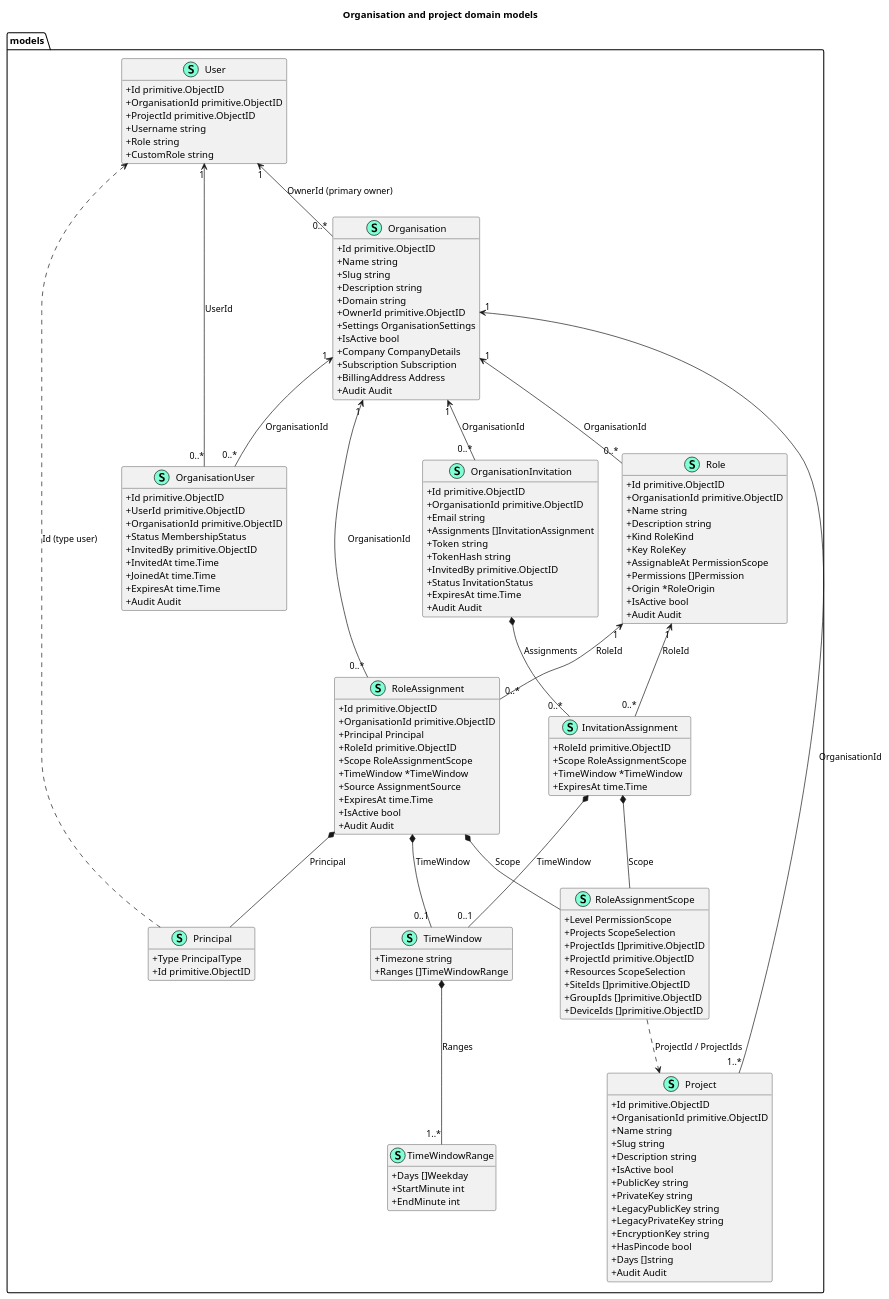
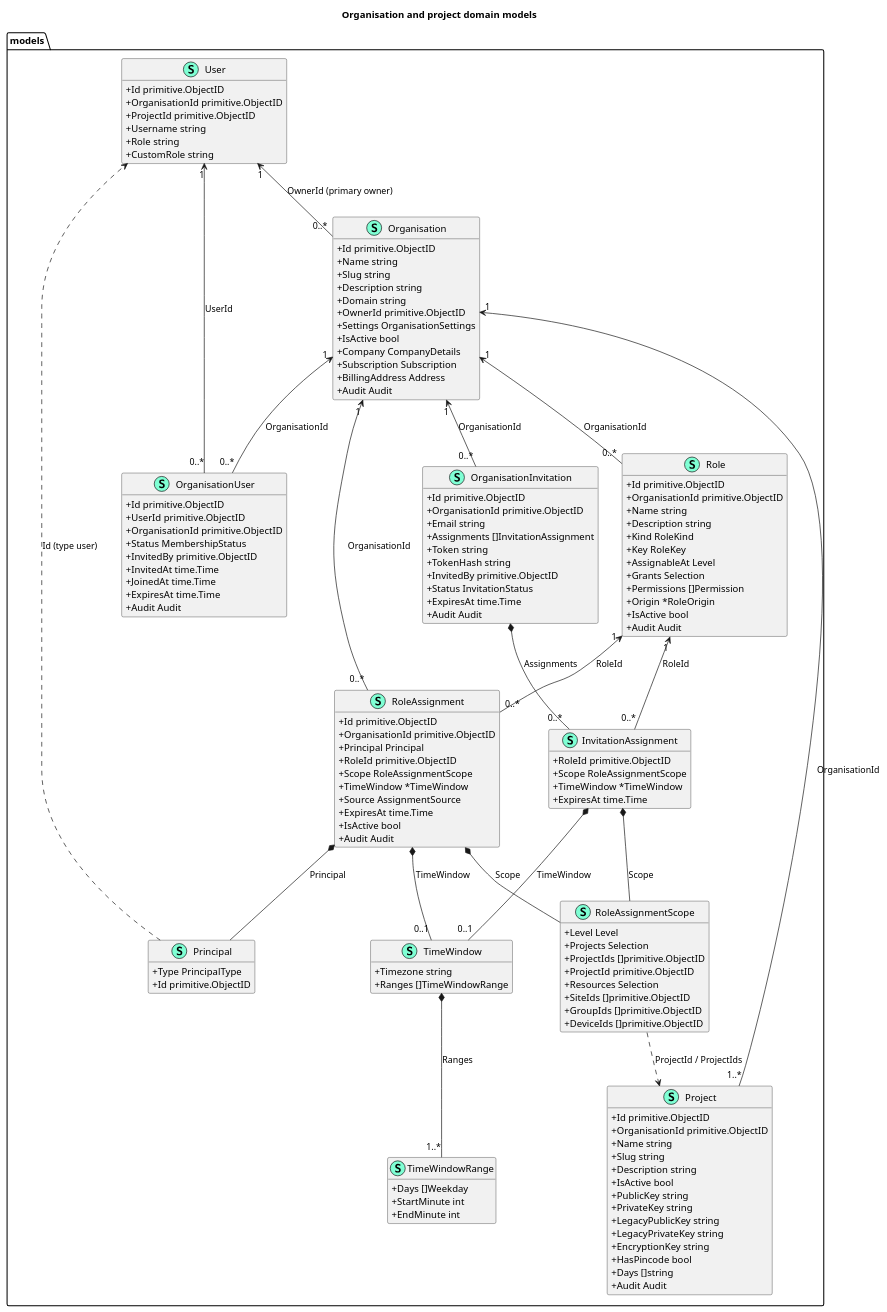
One commit to uug-ai/learn changed the diagram in app/content/docs/hub/organisations/organisation-project.puml. Above: the diagram before and after it, drawn with PlantUML. The commit also changed 2 other files, not shown here.

Commit message:
Document a role's explicit grants (all or selected) (#114)
* docs: document a role's explicit grants (all or selected)

* docs: rename ScopeSelection to Selection in the model diagram

* docs: rename PermissionScope to Level in the model diagram

---------

```diff
--- a/app/content/docs/hub/organisations/organisation-project.puml
+++ b/app/content/docs/hub/organisations/organisation-project.puml
@@ -1,176 +1,177 @@
 @startuml
 title Organisation and project domain models
 top to bottom direction
 skinparam classAttributeIconSize 0
 skinparam shadowing false
 hide methods
 namespace models {
     class "User" << (S,Aquamarine) >> {
         + Id primitive.ObjectID
         + OrganisationId primitive.ObjectID
         + ProjectId primitive.ObjectID
         + Username string
         + Role string
         + CustomRole string
 
         + WithTimezone()
 
     }
     class "Organisation" << (S,Aquamarine) >> {
         + Id primitive.ObjectID
         + Name string
         + Slug string
         + Description string
         + Domain string
         + OwnerId primitive.ObjectID
         + Settings OrganisationSettings
         + IsActive bool
         + Company CompanyDetails
         + Subscription Subscription
         + BillingAddress Address
         + Audit Audit
 
         + IsPrimaryOwner(userId primitive.ObjectID) bool
 
     }
     class "Project" << (S,Aquamarine) >> {
         + Id primitive.ObjectID
         + OrganisationId primitive.ObjectID
         + Name string
         + Slug string
         + Description string
         + IsActive bool
         + PublicKey string
         + PrivateKey string
         + LegacyPublicKey string
         + LegacyPrivateKey string
         + EncryptionKey string
         + HasPincode bool
         + Days []string
         + Audit Audit
 
     }
     class "OrganisationUser" << (S,Aquamarine) >> {
         + Id primitive.ObjectID
         + UserId primitive.ObjectID
         + OrganisationId primitive.ObjectID
         + Status MembershipStatus
         + InvitedBy primitive.ObjectID
         + InvitedAt time.Time
         + JoinedAt time.Time
         + ExpiresAt time.Time
         + Audit Audit
 
         + IsExpired() bool
         + IsEffectivelyActive() bool
 
     }
     class "Role" << (S,Aquamarine) >> {
         + Id primitive.ObjectID
         + OrganisationId primitive.ObjectID
         + Name string
         + Description string
         + Kind RoleKind
         + Key RoleKey
-        + AssignableAt PermissionScope
+        + AssignableAt Level
+        + Grants Selection
         + Permissions []Permission
         + Origin *RoleOrigin
         + IsActive bool
         + Audit Audit
 
         + ValidatePermissions() error
         + Validate() error
         + RequiresAllProjects() bool
 
     }
     class "RoleAssignment" << (S,Aquamarine) >> {
         + Id primitive.ObjectID
         + OrganisationId primitive.ObjectID
         + Principal Principal
         + RoleId primitive.ObjectID
         + Scope RoleAssignmentScope
         + TimeWindow *TimeWindow
         + Source AssignmentSource
         + ExpiresAt time.Time
         + IsActive bool
         + Audit Audit
 
         + IsExpired() bool
         + IsEffectivelyActive() bool
         + Validate(role Role) error
 
     }
     class "Principal" << (S,Aquamarine) >> {
         + Type PrincipalType
         + Id primitive.ObjectID
 
     }
     class "RoleAssignmentScope" << (S,Aquamarine) >> {
-        + Level PermissionScope
-        + Projects ScopeSelection
+        + Level Level
+        + Projects Selection
         + ProjectIds []primitive.ObjectID
         + ProjectId primitive.ObjectID
-        + Resources ScopeSelection
+        + Resources Selection
         + SiteIds []primitive.ObjectID
         + GroupIds []primitive.ObjectID
         + DeviceIds []primitive.ObjectID
 
         + Validate() error
         + ValidateFor(role Role) error
 
     }
     class "TimeWindow" << (S,Aquamarine) >> {
         + Timezone string
         + Ranges []TimeWindowRange
 
         + Validate() error
         + Allows(at time.Time) (bool, error)
 
     }
     class "TimeWindowRange" << (S,Aquamarine) >> {
         + Days []Weekday
         + StartMinute int
         + EndMinute int
 
     }
     class "OrganisationInvitation" << (S,Aquamarine) >> {
         + Id primitive.ObjectID
         + OrganisationId primitive.ObjectID
         + Email string
         + Assignments []InvitationAssignment
         + Token string
         + TokenHash string
         + InvitedBy primitive.ObjectID
         + Status InvitationStatus
         + ExpiresAt time.Time
         + Audit Audit
 
     }
     class "InvitationAssignment" << (S,Aquamarine) >> {
         + RoleId primitive.ObjectID
         + Scope RoleAssignmentScope
         + TimeWindow *TimeWindow
         + ExpiresAt time.Time
 
     }
 }
 ' Relationships below are explicit domain references, not inferred by GoPlantUML.
 models.User "1" <-- "0..*" models.Organisation : OwnerId (primary owner)
 models.Organisation "1" <-- "1..*" models.Project : OrganisationId
 models.User "1" <-- "0..*" models.OrganisationUser : UserId
 models.Organisation "1" <-- "0..*" models.OrganisationUser : OrganisationId
 models.Organisation "1" <-- "0..*" models.Role : OrganisationId
 models.Organisation "1" <-- "0..*" models.RoleAssignment : OrganisationId
 models.Role "1" <-- "0..*" models.RoleAssignment : RoleId
 models.RoleAssignment *-- models.Principal : Principal
 models.Principal ..> models.User : Id (type user)
 models.RoleAssignment *-- models.RoleAssignmentScope : Scope
 models.RoleAssignment *-- "0..1" models.TimeWindow : TimeWindow
 models.TimeWindow *-- "1..*" models.TimeWindowRange : Ranges
 models.Organisation "1" <-- "0..*" models.OrganisationInvitation : OrganisationId
 models.OrganisationInvitation *-- "0..*" models.InvitationAssignment : Assignments
 models.Role "1" <-- "0..*" models.InvitationAssignment : RoleId
 models.InvitationAssignment *-- models.RoleAssignmentScope : Scope
 models.InvitationAssignment *-- "0..1" models.TimeWindow : TimeWindow
 models.RoleAssignmentScope ..> models.Project : ProjectId / ProjectIds
 @enduml
```
